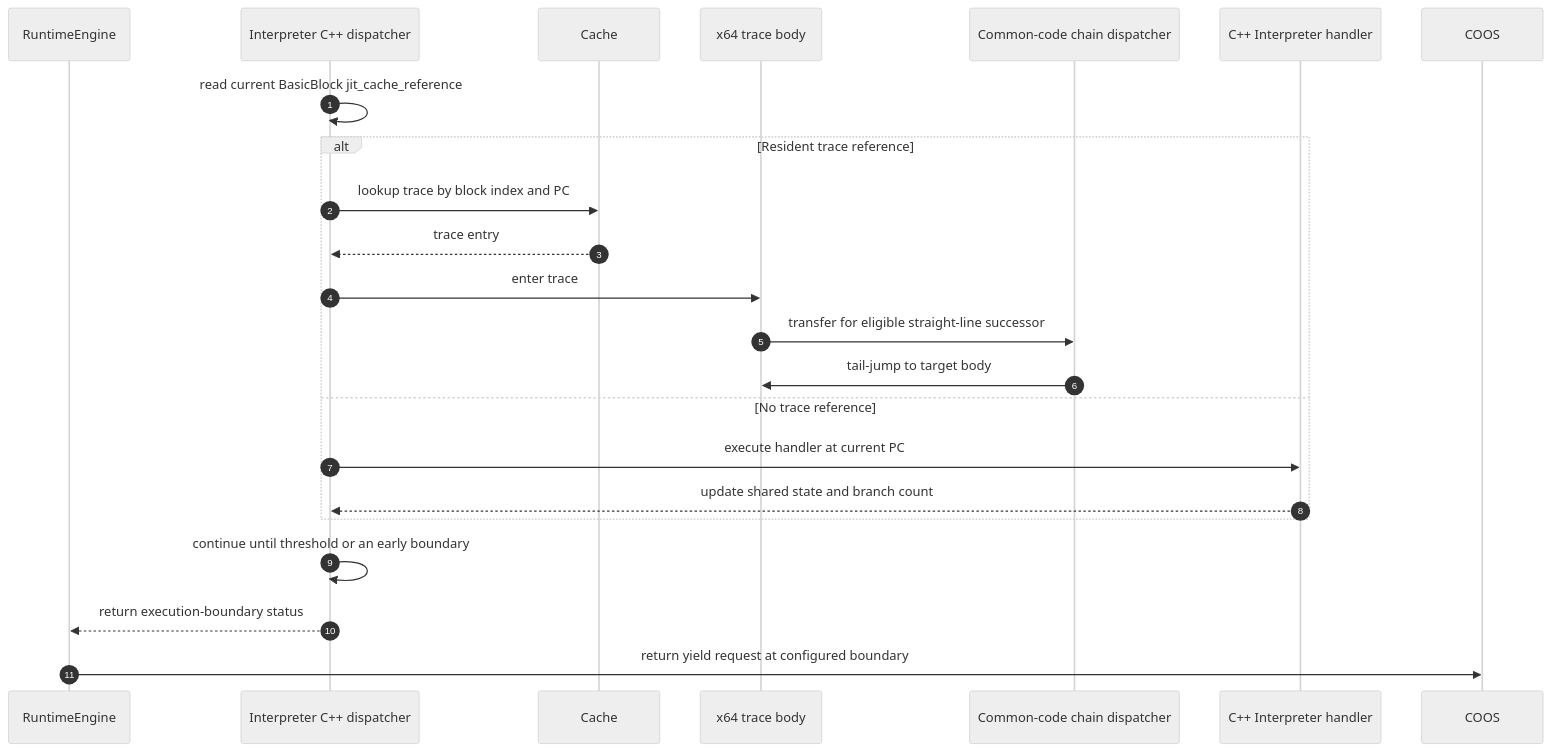
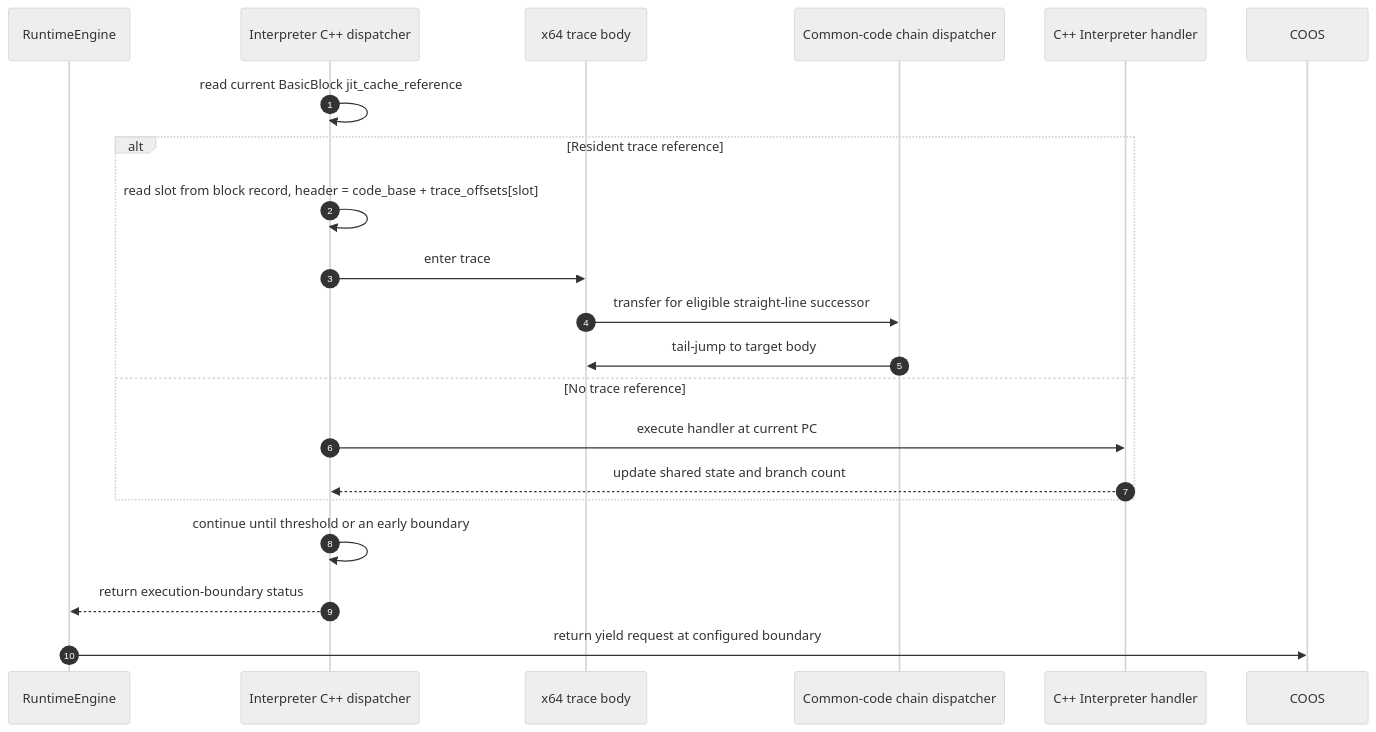
The fourth of 4 diagrams in docs/components/tier3_plugins/jit_compiler.md (kmt-t/fireball), drawn with Mermaid (neutral theme) before and after one commit. The commit also changed other lines of this file and 9 other files, not shown here.

First line of the commit message:
docs(jit): describe the trace header read by the slot table, not a lookup

````diff
--- a/docs/components/tier3_plugins/jit_compiler.md
+++ b/docs/components/tier3_plugins/jit_compiler.md
@@ -321,26 +321,24 @@
 ```mermaid
 sequenceDiagram
     autonumber
     participant R as RuntimeEngine
     participant I as Interpreter C++ dispatcher
-    participant C as Cache
     participant T as x64 trace body
     participant D as Common-code chain dispatcher
     participant H as C++ Interpreter handler
     participant O as COOS
 
     I->>I: read current BasicBlock jit_cache_reference
     alt Resident trace reference
-        I->>C: lookup trace by block index and PC
-        C-->>I: trace entry
+        I->>I: read slot from block record, header = code_base + trace_offsets[slot]
         I->>T: enter trace
         T->>D: transfer for eligible straight-line successor
         D->>T: tail-jump to target body
     else No trace reference
         I->>H: execute handler at current PC
         H-->>I: update shared state and branch count
     end
     I->>I: continue until threshold or an early boundary
     I-->>R: return execution-boundary status
     R->>O: return yield request at configured boundary
 ```
````
